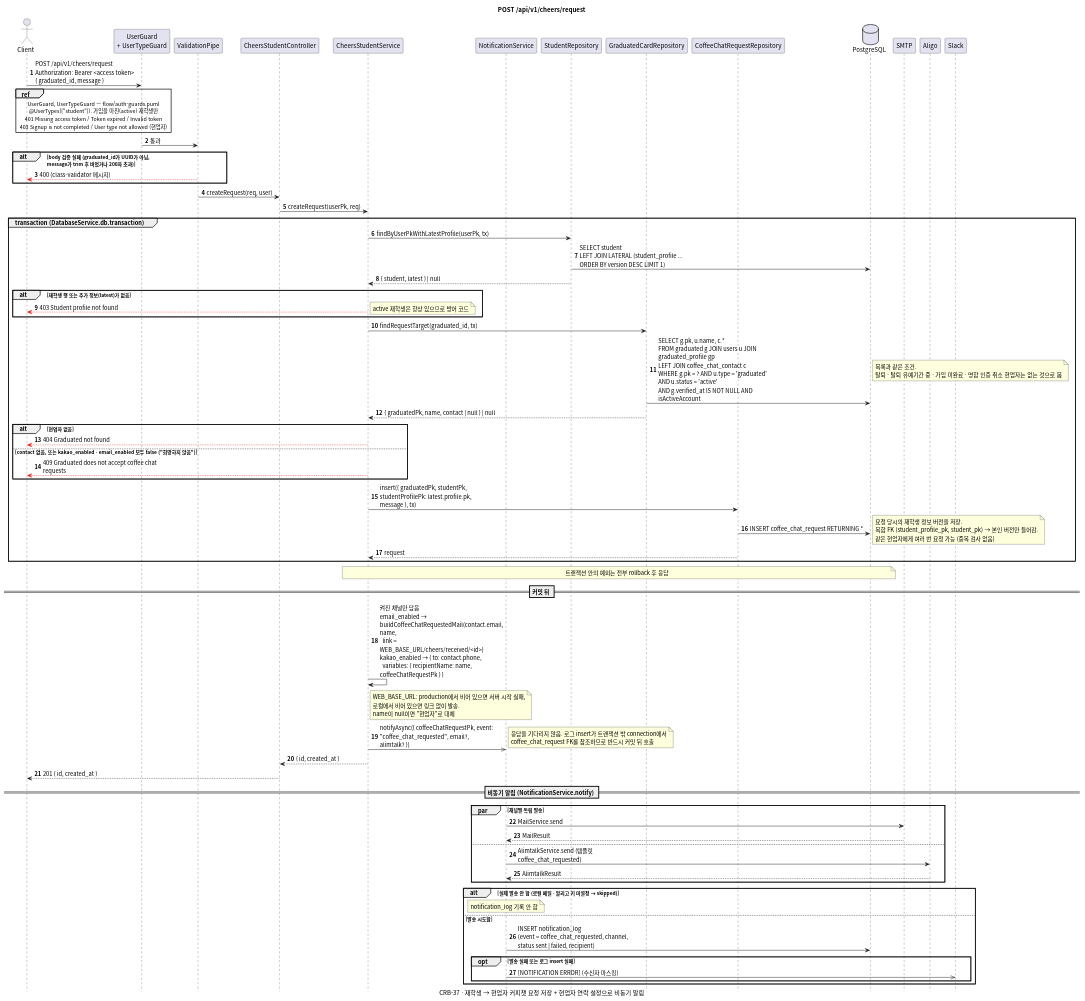
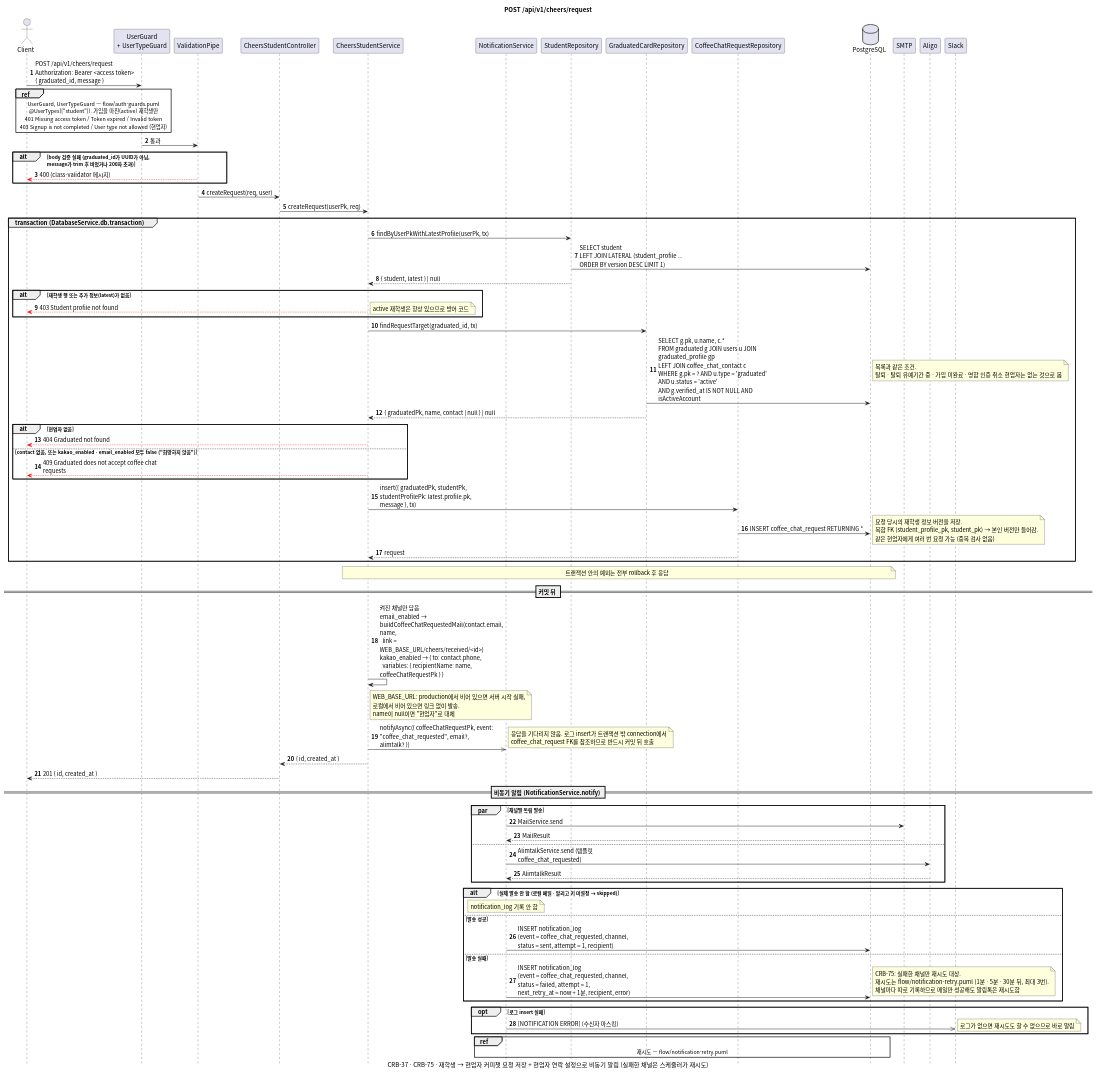
One commit to gsainfoteam/cheers-be changed the diagram in docs/sequence/cheers/post-cheers-request.puml. Above: the diagram before and after it, drawn with PlantUML. The commit also changed 6 other files, not shown here.

Commit message:
- docs: update sequence diagrams for notification retry and verification mail (CRB-75)

```diff
--- a/docs/sequence/cheers/post-cheers-request.puml
+++ b/docs/sequence/cheers/post-cheers-request.puml
@@ -1,106 +1,115 @@
 @startuml post-cheers-request
 skinparam defaultFontName "Apple SD Gothic Neo", "Noto Sans CJK KR", sans-serif
 skinparam responseMessageBelowArrow true
 skinparam sequenceMessageAlign left
 skinparam maxMessageSize 260
 skinparam BoxPadding 8
 skinparam shadowing false
 autonumber
 hide footbox
 
 title POST /api/v1/cheers/request
-caption CRB-37 · 재학생 → 현업자 커피챗 요청 저장 + 현업자 연락 설정으로 비동기 알림
+caption CRB-37 · CRB-75 · 재학생 → 현업자 커피챗 요청 저장 + 현업자 연락 설정으로 비동기 알림 (실패한 채널은 스케줄러가 재시도)
 
 actor Client
 participant "UserGuard\n+ UserTypeGuard" as Guard
 participant "ValidationPipe" as Pipe
 participant "CheersStudentController" as Controller
 participant "CheersStudentService" as Service
 participant "NotificationService" as NotificationService
 participant "StudentRepository" as StudentRepository
 participant "GraduatedCardRepository" as GraduatedCardRepository
 participant "CoffeeChatRequestRepository" as CoffeeChatRequestRepository
 database PostgreSQL
 participant "SMTP"
 participant "Aligo"
 participant "Slack"
 
 Client -> Guard: POST /api/v1/cheers/request\nAuthorization: Bearer <access token>\n{ graduated_id, message }
 ref over Client, Guard
   UserGuard, UserTypeGuard — flow/auth-guards.puml
   @UserTypes(["student"]). 가입을 마친(active) 재학생만
   401 Missing access token / Token expired / Invalid token
   403 Signup is not completed / User type not allowed (현업자)
 end ref
 Guard -> Pipe: 통과
 alt body 검증 실패 (graduated_id가 UUID가 아님,\nmessage가 trim 후 비었거나 200자 초과)
   Pipe -[#red]-> Client: 400 (class-validator 메시지)
 end
 Pipe -> Controller: createRequest(req, user)
 Controller -> Service: createRequest(userPk, req)
 
 group transaction (DatabaseService.db.transaction)
   Service -> StudentRepository: findByUserPkWithLatestProfile(userPk, tx)
   StudentRepository -> PostgreSQL: SELECT student\nLEFT JOIN LATERAL (student_profile ...\nORDER BY version DESC LIMIT 1)
   StudentRepository --> Service: { student, latest } | null
   alt 재학생 행 또는 추가 정보(latest)가 없음
     Service -[#red]-> Client: 403 Student profile not found
     note right: active 재학생은 항상 있으므로 방어 코드
   end
 
   Service -> GraduatedCardRepository: findRequestTarget(graduated_id, tx)
   GraduatedCardRepository -> PostgreSQL: SELECT g.pk, u.name, c.*\nFROM graduated g JOIN users u JOIN graduated_profile gp\nLEFT JOIN coffee_chat_contact c\nWHERE g.pk = ? AND u.type = 'graduated' AND u.status = 'active'\nAND g.verified_at IS NOT NULL AND isActiveAccount
   note right: 목록과 같은 조건.\n탈퇴 · 탈퇴 유예기간 중 · 가입 미완료 · 명함 인증 취소 현업자는 없는 것으로 봄
   GraduatedCardRepository --> Service: { graduatedPk, name, contact | null } | null
   alt 현업자 없음
     Service -[#red]-> Client: 404 Graduated not found
   else contact 없음, 또는 kakao_enabled · email_enabled 모두 false ("희망하지 않음")
     Service -[#red]-> Client: 409 Graduated does not accept coffee chat requests
   end
 
   Service -> CoffeeChatRequestRepository: insert({ graduatedPk, studentPk,\nstudentProfilePk: latest.profile.pk, message }, tx)
   CoffeeChatRequestRepository -> PostgreSQL: INSERT coffee_chat_request RETURNING *
   note right
     요청 당시의 재학생 정보 버전을 저장.
     복합 FK (student_profile_pk, student_pk) → 본인 버전만 들어감.
     같은 현업자에게 여러 번 요청 가능 (중복 검사 없음)
   end note
   CoffeeChatRequestRepository --> Service: request
 end
 note over Service, PostgreSQL: 트랜잭션 안의 예외는 전부 rollback 후 응답
 
 == 커밋 뒤 ==
 
 Service -> Service: 켜진 채널만 담음\nemail_enabled → buildCoffeeChatRequestedMail(contact.email, name,\n  link = WEB_BASE_URL/cheers/received/<id>)\nkakao_enabled → { to: contact.phone,\n  variables: { recipientName: name, coffeeChatRequestPk } }
 note right of Service
   WEB_BASE_URL: production에서 비어 있으면 서버 시작 실패,
   로컬에서 비어 있으면 링크 없이 발송.
   name이 null이면 "현업자"로 대체
 end note
 Service ->> NotificationService: notifyAsync({ coffeeChatRequestPk, event: "coffee_chat_requested", email?, alimtalk? })
 note right
   응답을 기다리지 않음. 로그 insert가 트랜잭션 밖 connection에서
   coffee_chat_request FK를 참조하므로 반드시 커밋 뒤 호출
 end note
 Service --> Controller: { id, created_at }
 Controller --> Client: 201 { id, created_at }
 
 == 비동기 알림 (NotificationService.notify) ==
 
 par 채널별 독립 발송
   NotificationService -> SMTP: MailService.send
   SMTP --> NotificationService: MailResult
 else
   NotificationService -> Aligo: AlimtalkService.send (템플릿 coffee_chat_requested)
   Aligo --> NotificationService: AlimtalkResult
 end
 alt 실제 발송 안 함 (로컬 메일 · 알리고 키 미설정 → skipped)
   note over NotificationService: notification_log 기록 안 함
-else 발송 시도함
-  NotificationService -> PostgreSQL: INSERT notification_log\n(event = coffee_chat_requested, channel, status sent | failed, recipient)
-  opt 발송 실패 또는 로그 insert 실패
-    NotificationService ->> Slack: [NOTIFICATION ERROR] (수신자 마스킹)
-  end
+else 발송 성공
+  NotificationService -> PostgreSQL: INSERT notification_log\n(event = coffee_chat_requested, channel, status = sent, attempt = 1, recipient)
+else 발송 실패
+  NotificationService -> PostgreSQL: INSERT notification_log\n(event = coffee_chat_requested, channel, status = failed, attempt = 1,\nnext_retry_at = now + 1분, recipient, error)
+  note right
+    CRB-75: 실패한 채널만 재시도 대상.
+    재시도는 flow/notification-retry.puml (1분 · 5분 · 30분 뒤, 최대 3번).
+    채널마다 따로 기록하므로 메일만 성공해도 알림톡은 재시도함
+  end note
 end
+opt 로그 insert 실패
+  NotificationService ->> Slack: [NOTIFICATION ERROR] (수신자 마스킹)
+  note right: 로그가 없으면 재시도도 할 수 없으므로 바로 알림
+end
+ref over NotificationService, PostgreSQL: 재시도 — flow/notification-retry.puml
 
 @enduml
```
